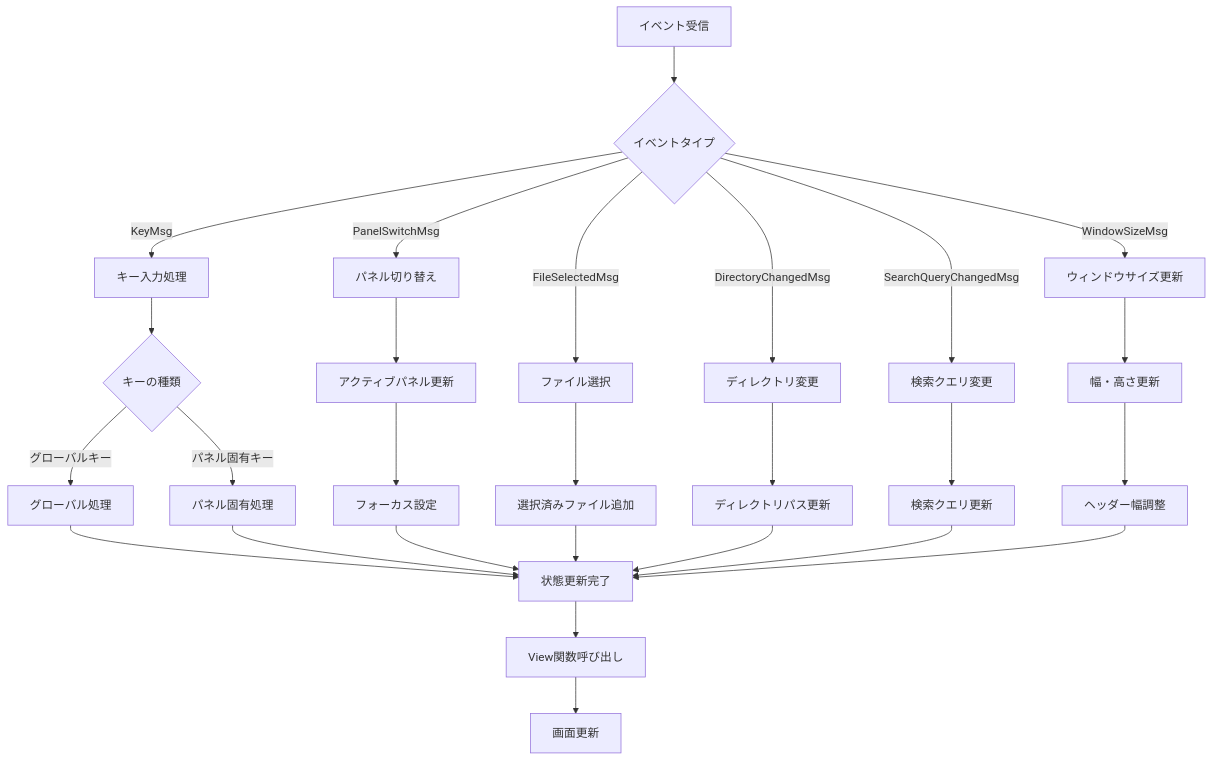
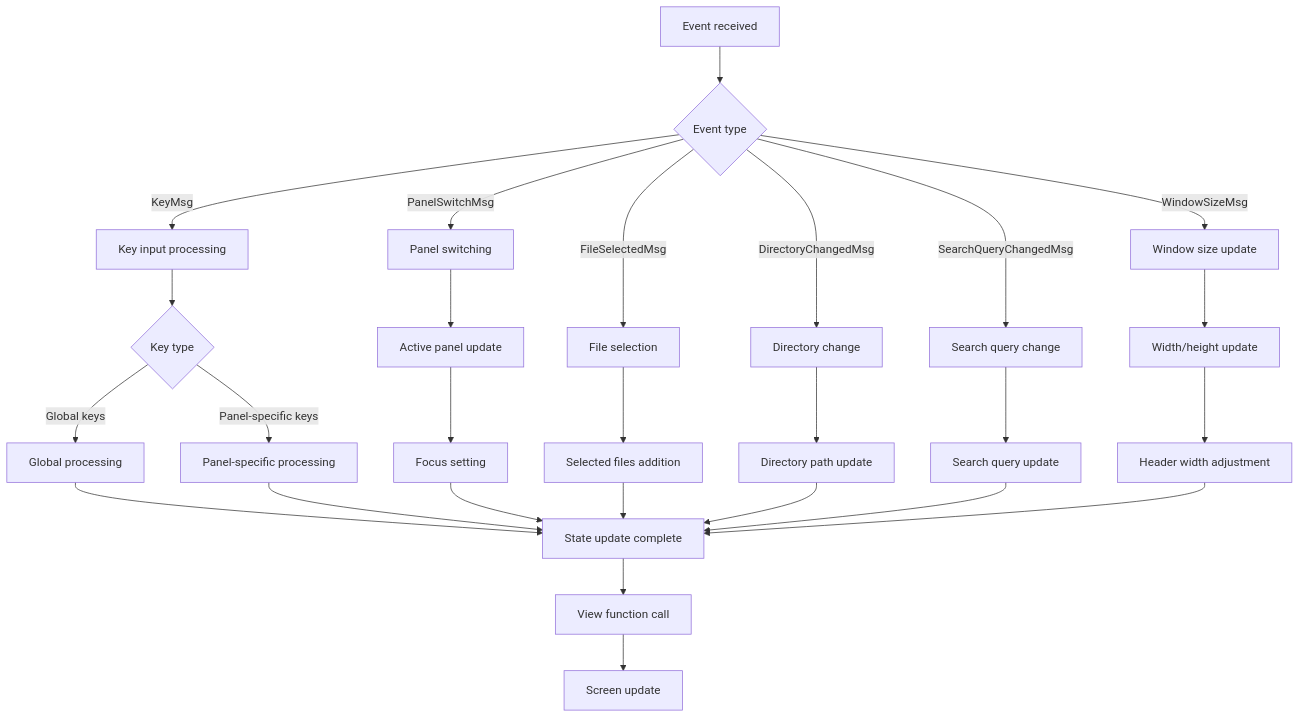
One commit to tom555-555/tuimv changed the third of 10 diagrams in docs/architecture-diagrams.md. Above: the diagram before and after it, drawn with Mermaid. The commit also changed other lines of this file and 3 other files, not shown here.

````diff
--- a/docs/architecture-diagrams.md
+++ b/docs/architecture-diagrams.md
@@ -91,36 +93,36 @@
 ```mermaid
 flowchart TD
-    A[イベント受信] --> B{イベントタイプ}
+    A[Event received] --> B{Event type}
     
-    B -->|WindowSizeMsg| C[ウィンドウサイズ更新]
-    B -->|KeyMsg| D[キー入力処理]
-    B -->|PanelSwitchMsg| E[パネル切り替え]
-    B -->|FileSelectedMsg| F[ファイル選択]
-    B -->|DirectoryChangedMsg| G[ディレクトリ変更]
-    B -->|SearchQueryChangedMsg| H[検索クエリ変更]
+    B -->|WindowSizeMsg| C[Window size update]
+    B -->|KeyMsg| D[Key input processing]
+    B -->|PanelSwitchMsg| E[Panel switching]
+    B -->|FileSelectedMsg| F[File selection]
+    B -->|DirectoryChangedMsg| G[Directory change]
+    B -->|SearchQueryChangedMsg| H[Search query change]
     
-    C --> I[幅・高さ更新]
-    I --> J[ヘッダー幅調整]
+    C --> I[Width/height update]
+    I --> J[Header width adjustment]
     
-    D --> K{キーの種類}
-    K -->|グローバルキー| L[グローバル処理]
-    K -->|パネル固有キー| M[パネル固有処理]
+    D --> K{Key type}
+    K -->|Global keys| L[Global processing]
+    K -->|Panel-specific keys| M[Panel-specific processing]
     
-    E --> N[アクティブパネル更新]
-    N --> O[フォーカス設定]
+    E --> N[Active panel update]
+    N --> O[Focus setting]
     
-    F --> P[選択済みファイル追加]
-    G --> Q[ディレクトリパス更新]
-    H --> R[検索クエリ更新]
+    F --> P[Selected files addition]
+    G --> Q[Directory path update]
+    H --> R[Search query update]
     
-    L --> S[状態更新完了]
+    L --> S[State update complete]
     M --> S
     O --> S
     P --> S
     Q --> S
     R --> S
     J --> S
     
-    S --> T[View関数呼び出し]
-    T --> U[画面更新]
+    S --> T[View function call]
+    T --> U[Screen update]
 ```
````
